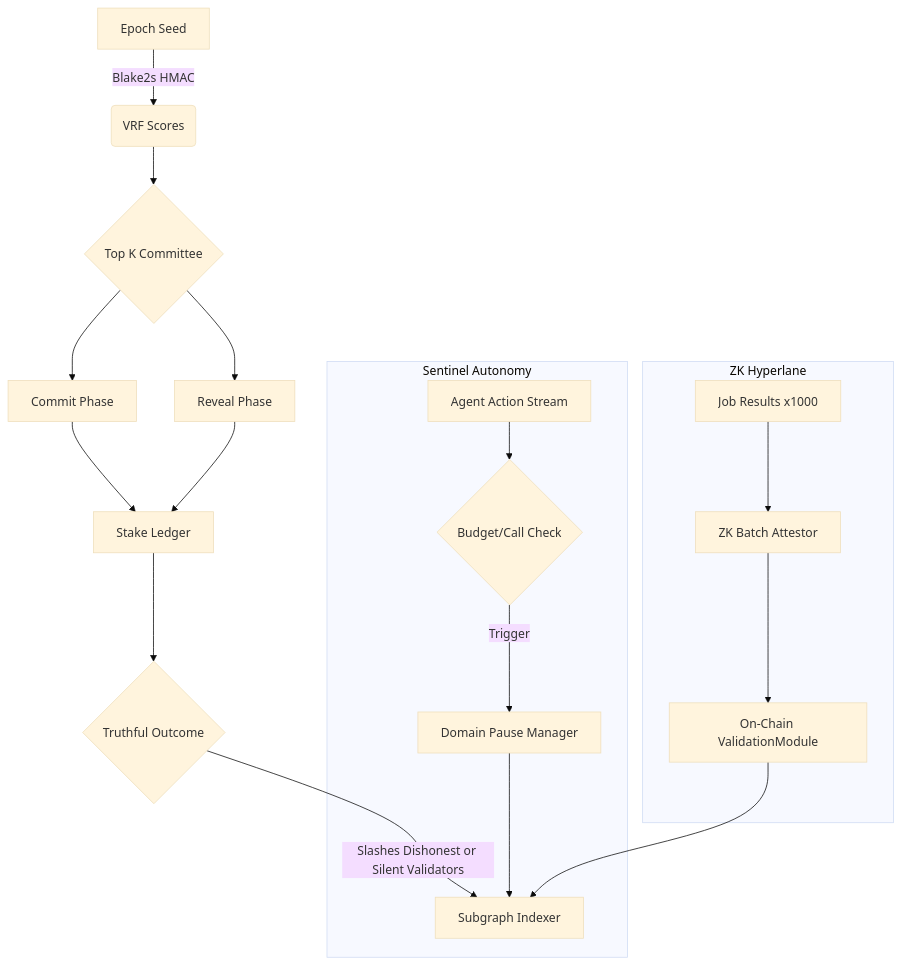
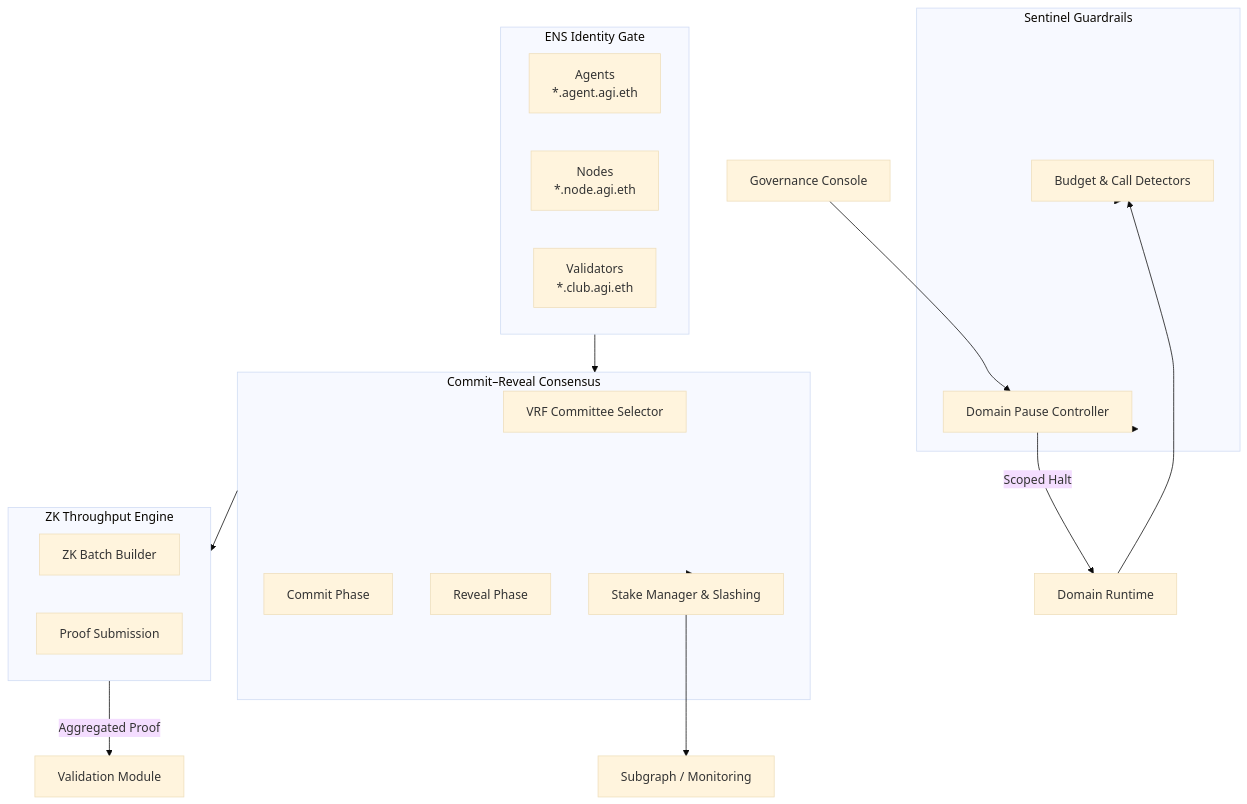
Before and after one commit to MontrealAI/AGIJobsv0: the diagram in demo/Validator-Constellation-v0/README.md, drawn with Mermaid (base theme). The commit also changed other lines of this file and 12 other files, not shown here.

````diff
--- a/demo/Validator-Constellation-v0/README.md
+++ b/demo/Validator-Constellation-v0/README.md
@@ -48,21 +39,36 @@
 ```mermaid
 flowchart TD
-    A[Epoch Seed] -->|Blake2s HMAC| B(VRF Scores)
-    B --> C{Top K Committee}
-    C --> D1[Commit Phase]
-    C --> D2[Reveal Phase]
-    D1 --> E[Stake Ledger]
-    D2 --> E
-    E --> F{Truthful Outcome}
-    F -->|Slashes Dishonest or Silent Validators| G[Subgraph Indexer]
-    subgraph Sentinel Autonomy
-        H[Agent Action Stream] --> I{Budget/Call Check}
-        I -->|Trigger| J[Domain Pause Manager]
-        J --> G
-    end
-    subgraph ZK Hyperlane
-        K[Job Results x1000] --> L[ZK Batch Attestor]
-        L --> M[On-Chain ValidationModule]
-        M --> G
-    end
+  subgraph IdentityGate[ENS Identity Gate]
+    agents[Agents<br/>*.agent.agi.eth]
+    nodes[Nodes<br/>*.node.agi.eth]
+    validators[Validators<br/>*.club.agi.eth]
+  end
+
+  subgraph Sentinel[Sentinel Guardrails]
+    detector[Budget & Call Detectors]
+    pause[Domain Pause Controller]
+  end
+
+  subgraph Consensus[Commit–Reveal Consensus]
+    vrf[VRF Committee Selector]
+    commit[Commit Phase]
+    reveal[Reveal Phase]
+    slash[Stake Manager & Slashing]
+  end
+
+  subgraph Throughput[ZK Throughput Engine]
+    batcher[ZK Batch Builder]
+    prover[Proof Submission]
+  end
+
+  IdentityGate --> Consensus
+  Consensus --> Throughput
+  Throughput -->|Aggregated Proof| ledger[Validation Module]
+  Consensus --> slash
+  slash --> dashboard[Subgraph / Monitoring]
+  Sentinel --> pause
+  pause -->|Scoped Halt| domains[Domain Runtime]
+  detector --> Sentinel
+  domains --> detector
+  governance[Governance Console] --> pause
 ```
````
